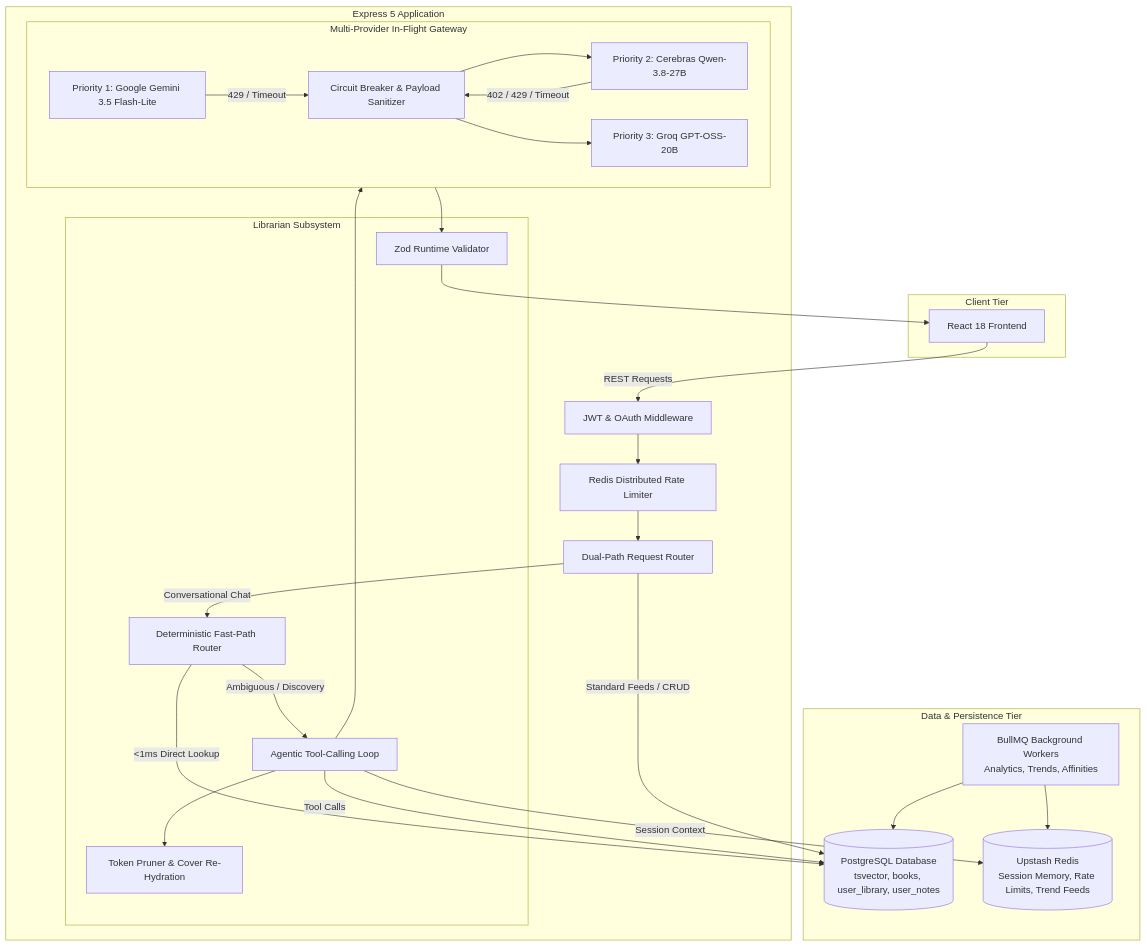
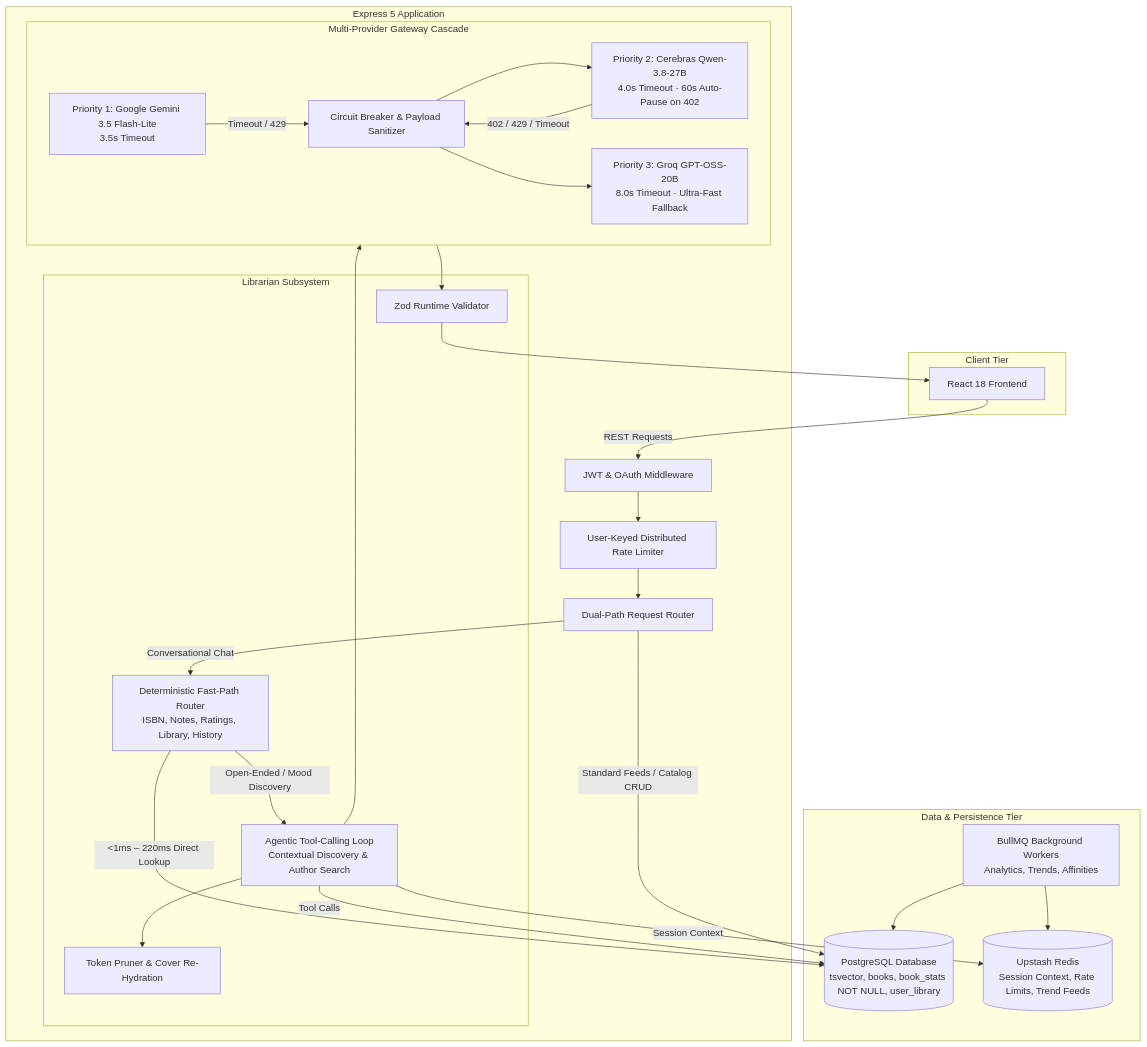
One commit to v0id-X/buqs-server changed the first of 2 diagrams in README.md. Above: the diagram before and after it, drawn with Mermaid. The commit also changed other lines of this file and 2 other files, not shown here.

````diff
--- a/README.md
+++ b/README.md
@@ -31,57 +33,57 @@
 ```mermaid
 flowchart TB
   subgraph ClientLayer [Client Tier]
     C[React 18 Frontend]
   end
 
   subgraph APILayer [Express 5 Application]
     RTR[Dual-Path Request Router]
     AUTH[JWT & OAuth Middleware]
-    RATE[Redis Distributed Rate Limiter]
+    RATE[User-Keyed Distributed Rate Limiter]
     
     subgraph LibrarianEngine [Librarian Subsystem]
-      DIR[Deterministic Fast-Path Router]
-      AGENT[Agentic Tool-Calling Loop]
+      DIR[Deterministic Fast-Path Router<br/>ISBN, Notes, Ratings, Library, History]
+      AGENT[Agentic Tool-Calling Loop<br/>Contextual Discovery & Author Search]
       PRUNE[Token Pruner & Cover Re-Hydration]
       SCHEMAS[Zod Runtime Validator]
     end
 
-    subgraph LLMGateway [Multi-Provider In-Flight Gateway]
-      P1[Priority 1: Google Gemini 3.5 Flash-Lite]
-      P2[Priority 2: Cerebras Qwen-3.8-27B]
-      P3[Priority 3: Groq GPT-OSS-20B]
+    subgraph LLMGateway [Multi-Provider Gateway Cascade]
+      P1[Priority 1: Google Gemini 3.5 Flash-Lite<br/>3.5s Timeout]
+      P2[Priority 2: Cerebras Qwen-3.8-27B<br/>4.0s Timeout · 60s Auto-Pause on 402]
+      P3[Priority 3: Groq GPT-OSS-20B<br/>8.0s Timeout · Ultra-Fast Fallback]
       CB[Circuit Breaker & Payload Sanitizer]
     end
   end
 
   subgraph DataLayer [Data & Persistence Tier]
-    PG[(PostgreSQL Database<br/>tsvector, books, user_library, user_notes)]
-    RD[(Upstash Redis<br/>Session Memory, Rate Limits, Trend Feeds)]
+    PG[(PostgreSQL Database<br/>tsvector, books, book_stats NOT NULL, user_library)]
+    RD[(Upstash Redis<br/>Session Context, Rate Limits, Trend Feeds)]
     Q[BullMQ Background Workers<br/>Analytics, Trends, Affinities]
   end
 
   C -->|REST Requests| AUTH
   AUTH --> RATE
   RATE --> RTR
   
-  RTR -->|Standard Feeds / CRUD| PG
+  RTR -->|Standard Feeds / Catalog CRUD| PG
   RTR -->|Conversational Chat| DIR
   
-  DIR -->|<1ms Direct Lookup| PG
-  DIR -->|Ambiguous / Discovery| AGENT
-
+  DIR -->|<1ms – 220ms Direct Lookup| PG
+  DIR -->|Open-Ended / Mood Discovery| AGENT
+  
   AGENT -->|Tool Calls| PG
   AGENT -->|Session Context| RD
   AGENT --> PRUNE
   AGENT --> LLMGateway
   
-  P1 -- 429 / Timeout --> CB
+  P1 -- Timeout / 429 --> CB
   CB --> P2
   P2 -- 402 / 429 / Timeout --> CB
   CB --> P3
   
   LLMGateway --> SCHEMAS
   SCHEMAS --> C
   Q --> PG
   Q --> RD
 ```
````
